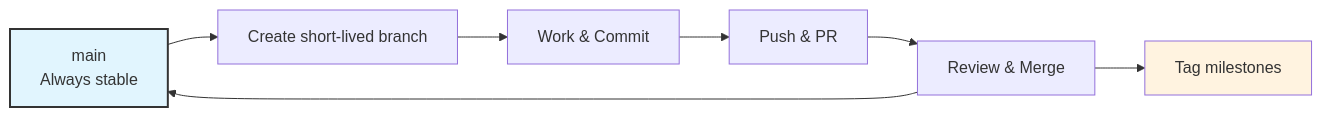
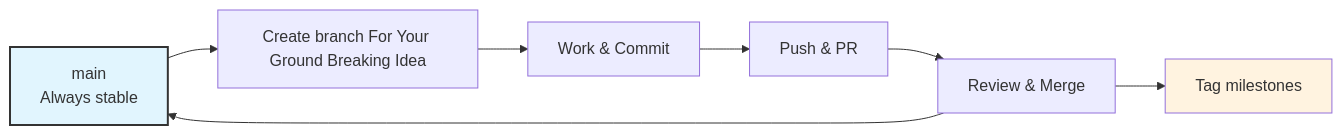
Before and after one commit to 7FeiW/Incomplete_guide: the first of 2 diagrams in docs/03_Version_Contorl_and_Git.md, drawn with Mermaid. The commit also changed other lines of this file, not shown here.

Commit message:
move things around

````diff
--- a/docs/03_Version_Contorl_and_Git.md
+++ b/docs/03_Version_Contorl_and_Git.md
@@ -57,12 +57,12 @@
 ```mermaid
 flowchart LR
-    A[main<br>Always stable] --> B[Create short-lived branch]
+    A[main<br>Always stable] --> B[Create branch For Your Ground Breaking Idea]
     B --> C[Work & Commit]
     C --> D[Push & PR]
     D --> E[Review & Merge]
     E --> A
     E --> F[Tag milestones]
     
     style A fill:#e1f5fe,stroke:#333,stroke-width:2px
     style F fill:#fff3e0
 ```
````
